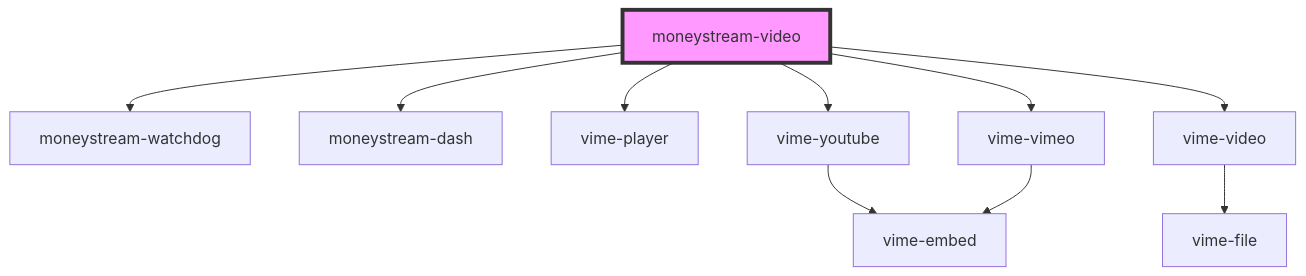
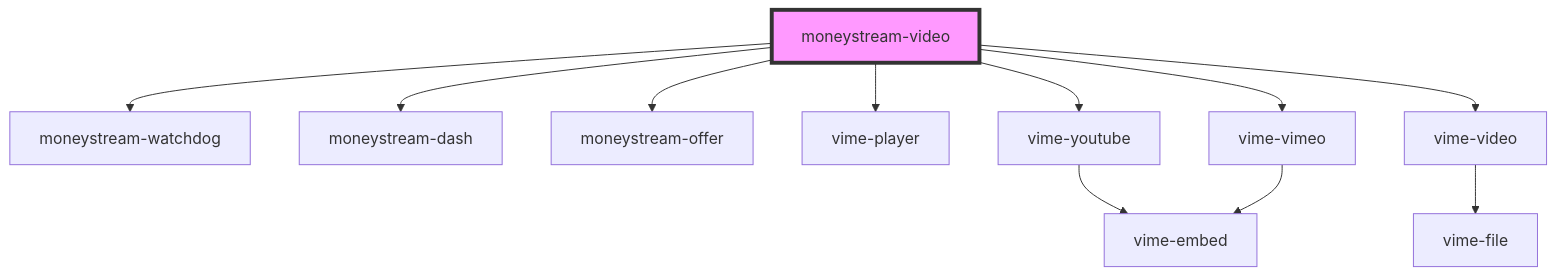
The diagram in src/components/moneystream-video/readme.md (moneystreamdev/moneystream-components), drawn with Mermaid before and after one commit. The commit also changed other lines of this file and 9 other files, not shown here.

````diff
--- a/src/components/moneystream-video/readme.md
+++ b/src/components/moneystream-video/readme.md
@@ -32,13 +36,14 @@
 ```mermaid
 graph TD;
   moneystream-video --> moneystream-watchdog
   moneystream-video --> moneystream-dash
+  moneystream-video --> moneystream-offer
   moneystream-video --> vime-player
   moneystream-video --> vime-youtube
   moneystream-video --> vime-vimeo
   moneystream-video --> vime-video
   vime-youtube --> vime-embed
   vime-vimeo --> vime-embed
   vime-video --> vime-file
   style moneystream-video fill:#f9f,stroke:#333,stroke-width:4px
 ```
````
